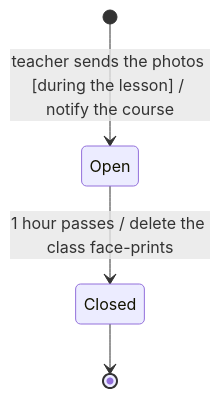
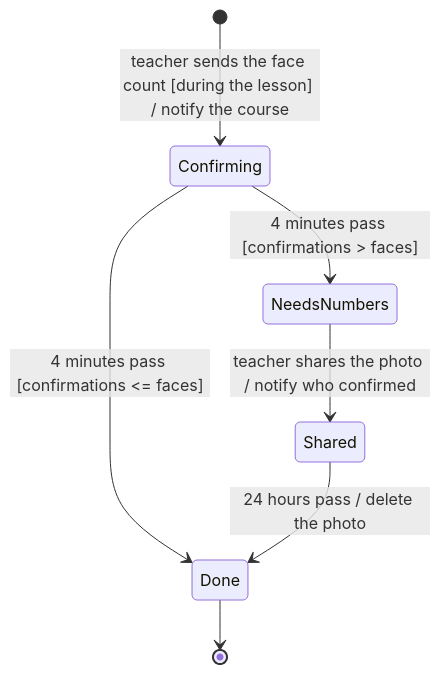
The second of 6 diagrams in docs/07-EDD/attendance.md (aviya1221/ASG2_OOP), drawn with Mermaid before and after one commit. The commit also changed other lines of this file and 1 other file, not shown here.

Commit message:
docs(edd): attendance by confirmation, a face count and number picks

````diff
--- a/docs/07-EDD/attendance.md
+++ b/docs/07-EDD/attendance.md
@@ -101,6 +99,9 @@
 ```mermaid
 stateDiagram-v2
-    [*] --> Open: teacher sends the photos [during the lesson] / notify the course
-    Open --> Closed: 1 hour passes / delete the class face-prints
-    Closed --> [*]
+    [*] --> Confirming: teacher sends the face count [during the lesson] / notify the course
+    Confirming --> Done: 4 minutes pass [confirmations <= faces]
+    Confirming --> NeedsNumbers: 4 minutes pass [confirmations > faces]
+    NeedsNumbers --> Shared: teacher shares the photo / notify who confirmed
+    Shared --> Done: 24 hours pass / delete the photo
+    Done --> [*]
 ```
````
